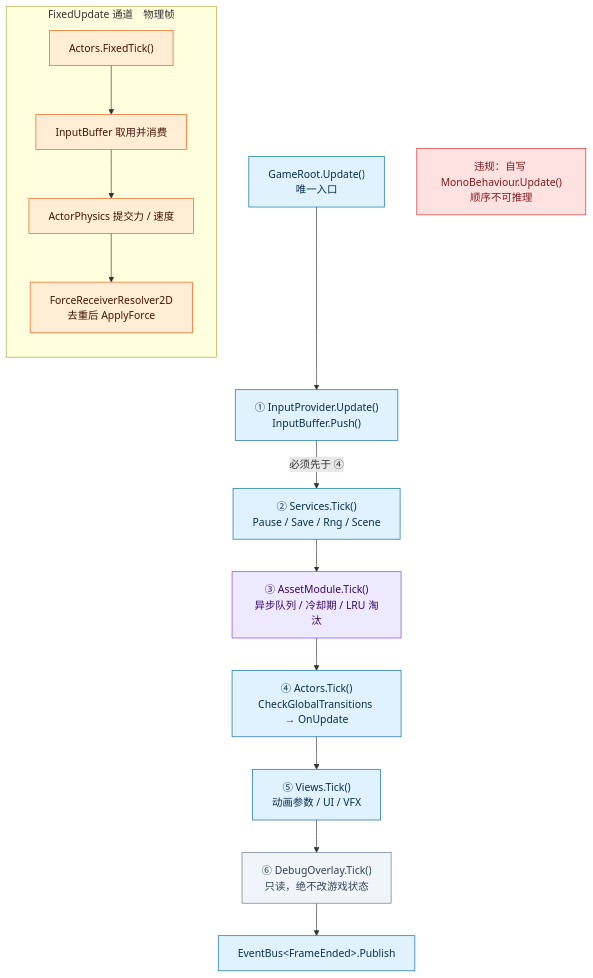
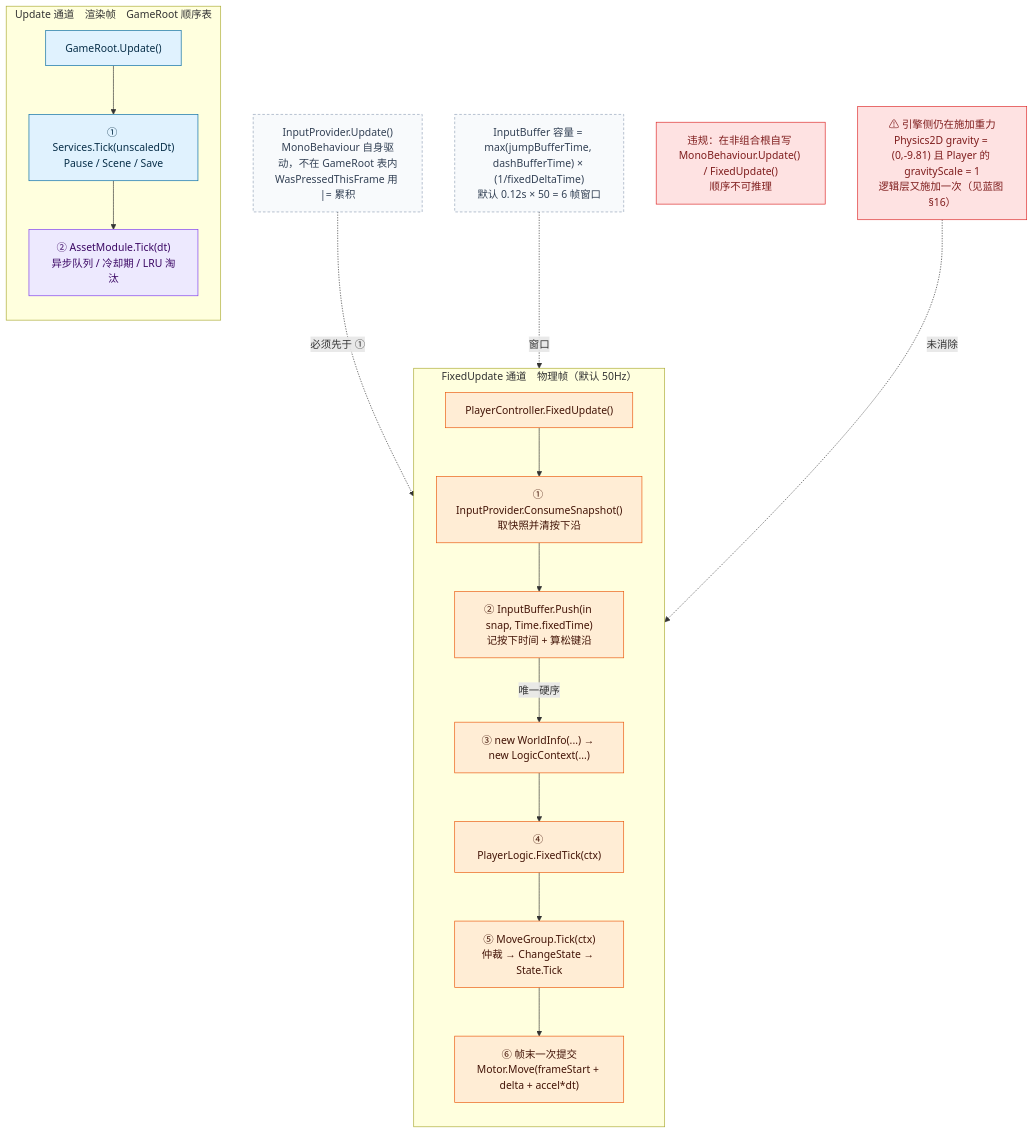
One commit to 5FYZhou/deepseaoil changed the diagram in Docs/框架设计/sources/02-frame-order.mmd. Above: the diagram before and after it, drawn with Mermaid. The commit also changed 7 other files, not shown here.

First line of the commit message:
docs(framework): 蓝图并入上游逻辑层事实；新增 §15 现状 / §16 缺陷登记；图源与图块同步

```diff
--- a/Docs/框架设计/sources/02-frame-order.mmd
+++ b/Docs/框架设计/sources/02-frame-order.mmd
@@ -1,45 +1,52 @@
 %% 图2｜单帧执行｜回答：我这个 Update 该不该写？每帧谁先跑？
-%% 读法：主链自上而下 = GameRoot 顺序表里的固定次序；FixedUpdate 是另一条独立通道，不是从①分支出来的。
-%% 维护：条目顺序必须与 GameRoot 的 tickables[] 拖入顺序一致；③ AssetModule.Tick 是 Data 层唯一主动行为。
+%% 读法：两条**独立**通道 —— Update（渲染帧，GameRoot 顺序表）与 FixedUpdate（物理帧，PlayerController 驱动）。
+%%       二者之间没有先后关系：一个渲染帧可能对应 0 或 2 个物理帧。
+%% 维护：① / ② 的顺序必须与 GameRoot.Update 里的实际调用顺序一致；
+%%       FixedUpdate 侧的 ①~⑥ 顺序必须与 PlayerController.FixedUpdate 一致。
 flowchart TD
-  Root["GameRoot.Update()<br/>唯一入口"]
-  S1["① InputProvider.Update()<br/>InputBuffer.Push()"]
-  S2["② Services.Tick()<br/>Pause / Save / Rng / Scene"]
-  S3["③ AssetModule.Tick()<br/>异步队列 / 冷却期 / LRU 淘汰"]
-  S4["④ Actors.Tick()<br/>CheckGlobalTransitions → OnUpdate"]
-  S5["⑤ Views.Tick()<br/>动画参数 / UI / VFX"]
-  S6["⑥ DebugOverlay.Tick()<br/>只读，绝不改游戏状态"]
-  End["EventBus&lt;FrameEnded&gt;.Publish"]
-
-  subgraph Fixed["FixedUpdate 通道　物理帧"]
+  subgraph Upd["Update 通道　渲染帧　GameRoot 顺序表"]
     direction TB
-    FX["Actors.FixedTick()"]
-    FXA["InputBuffer 取用并消费"]
-    FXB["ActorPhysics 提交力 / 速度"]
-    FXC["ForceReceiverResolver2D<br/>去重后 ApplyForce"]
-    FX --> FXA
-    FXA --> FXB
-    FXB --> FXC
+    Root["GameRoot.Update()"]
+    U1["① Services.Tick(unscaledDt)<br/>Pause / Scene / Save"]
+    U2["② AssetModule.Tick(dt)<br/>异步队列 / 冷却期 / LRU 淘汰"]
+    Root --> U1
+    U1 --> U2
   end
 
-  Bad["违规：自写 MonoBehaviour.Update()<br/>顺序不可推理"]
+  subgraph Fixed["FixedUpdate 通道　物理帧（默认 50Hz）"]
+    direction TB
+    PC["PlayerController.FixedUpdate()"]
+    F1["① InputProvider.ConsumeSnapshot()<br/>取快照并清按下沿"]
+    F2["② InputBuffer.Push(in snap, Time.fixedTime)<br/>记按下时间 + 算松键沿"]
+    F3["③ new WorldInfo(...) → new LogicContext(...)"]
+    F4["④ PlayerLogic.FixedTick(ctx)"]
+    F5["⑤ MoveGroup.Tick(ctx)<br/>仲裁 → ChangeState → State.Tick"]
+    F6["⑥ 帧末一次提交<br/>Motor.Move(frameStart + delta + accel*dt)"]
+    PC --> F1
+    F1 --> F2
+    F2 -->|"唯一硬序"| F3
+    F3 --> F4
+    F4 --> F5
+    F5 --> F6
+  end
 
-  Root --> S1
-  S1 -->|"必须先于 ④"| S2
-  S2 --> S3
-  S3 --> S4
-  S4 --> S5
-  S5 --> S6
-  S6 --> End
+  Sampler["InputProvider.Update()<br/>MonoBehaviour 自身驱动，不在 GameRoot 表内<br/>WasPressedThisFrame 用 |= 累积"]
+  Cap["InputBuffer 容量 = max(jumpBufferTime, dashBufferTime) × (1/fixedDeltaTime)<br/>默认 0.12s × 50 = 6 帧窗口"]
+  Bad["违规：在非组合根自写 MonoBehaviour.Update() / FixedUpdate()<br/>顺序不可推理"]
+  Gravity["⚠ 引擎侧仍在施加重力<br/>Physics2D gravity = (0,-9.81) 且 Player 的 gravityScale = 1<br/>逻辑层又施加一次（见蓝图 §16）"]
+
+  Sampler -.->|"必须先于 ①"| F1
+  Cap -.->|"窗口"| F2
+  Gravity -.->|"未消除"| F6
 
   classDef runtime fill:#e0f2fe,stroke:#0369a1,color:#082f49
   classDef data fill:#ede9fe,stroke:#7c3aed,color:#3b0764
-  classDef noop fill:#f1f5f9,stroke:#64748b,color:#334155
   classDef fixed fill:#ffedd5,stroke:#ea580c,color:#431407
   classDef warn fill:#fee2e2,stroke:#dc2626,color:#7f1d1d
+  classDef note fill:#f8fafc,stroke:#94a3b8,color:#334155,stroke-dasharray:4 3
 
-  class Root,S1,S2,S4,S5,End runtime
-  class S3 data
-  class S6 noop
-  class FX,FXA,FXB,FXC fixed
-  class Bad warn
+  class Root,U1 runtime
+  class U2 data
+  class PC,F1,F2,F3,F4,F5,F6 fixed
+  class Bad,Gravity warn
+  class Sampler,Cap note
```
